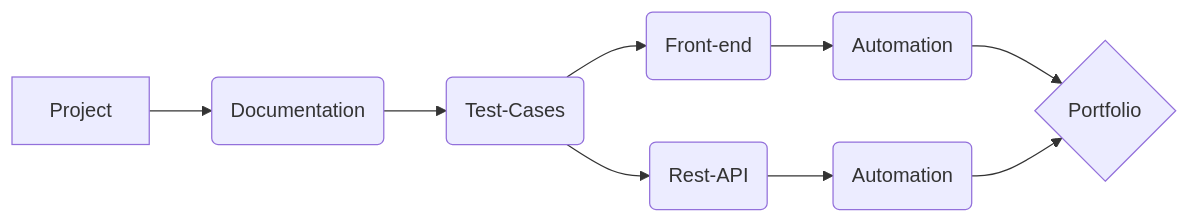
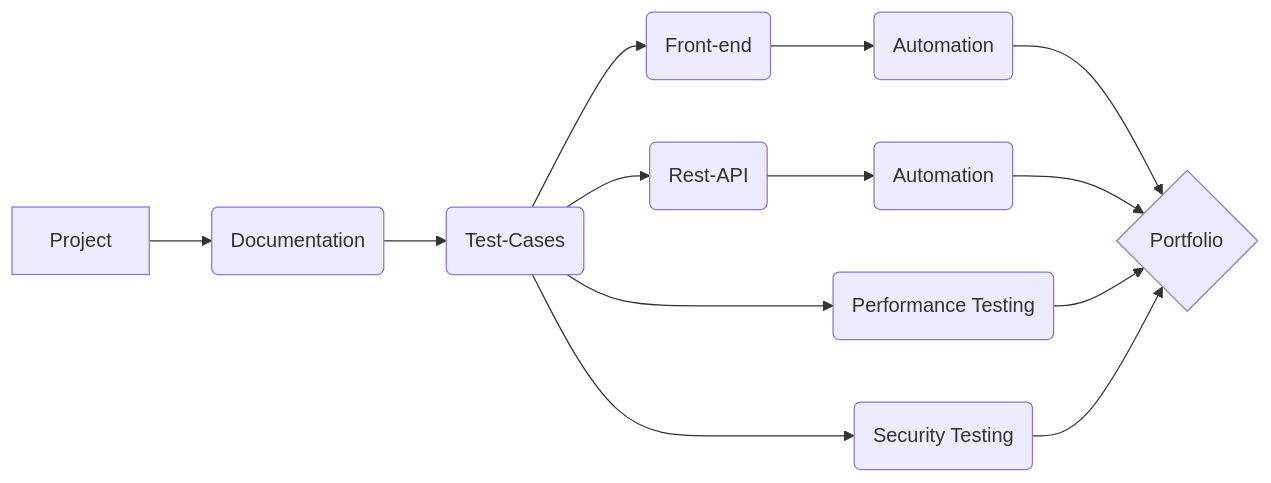
The diagram in README.md (N-Uladzislau/Portfolio_Project), drawn with Mermaid before and after one commit.

````diff
--- a/README.md
+++ b/README.md
@@ -2,7 +2,9 @@
 ```mermaid
 graph LR
 A[Project] --> B(Documentation) --> C(Test-Cases)
 C --> Q(Front-end) --> W(Automation) --> F{Portfolio}
 C --> D(Rest-API) --> E(Automation) --> F{Portfolio}
+C --> R(Performance Testing) --> F{Portfolio}
+C --> Y(Security Testing) --> F{Portfolio}
 
 ```
````
